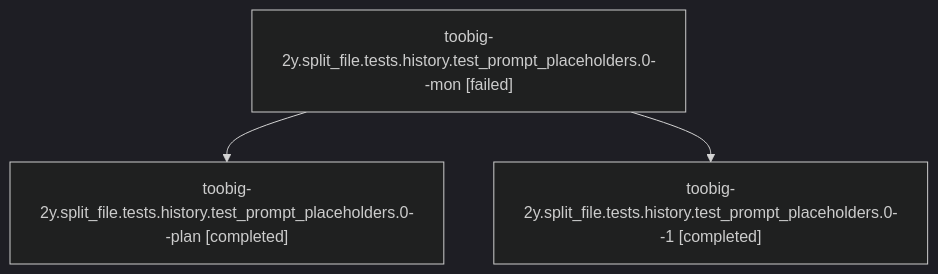
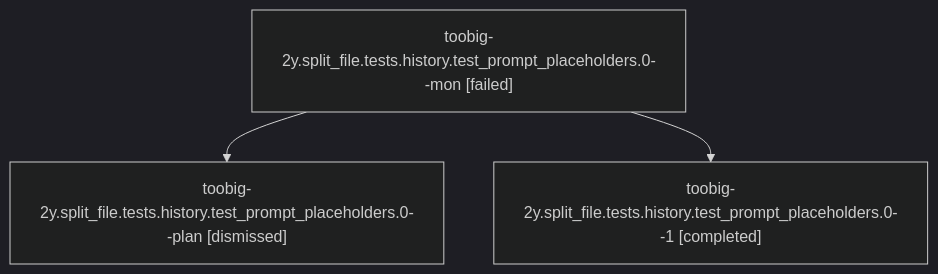
The diagram in families/bbugyi200.athena.toobig-2y.split_file.tests.history.test_prompt_placeholders.0.md (sase-org/sase--agents), drawn with Mermaid (dark theme) before and after one commit. The commit also changed other lines of this file and 77 other files, not shown here.

````diff
--- a/families/bbugyi200.athena.toobig-2y.split_file.tests.history.test_prompt_placeholders.0.md
+++ b/families/bbugyi200.athena.toobig-2y.split_file.tests.history.test_prompt_placeholders.0.md
@@ -9,8 +9,8 @@
 ```mermaid
 flowchart TD
   n0["toobig-2y.split_file.tests.history.test_prompt_placeholders.0--mon [failed]"]
-  n1["toobig-2y.split_file.tests.history.test_prompt_placeholders.0--plan [completed]"]
+  n1["toobig-2y.split_file.tests.history.test_prompt_placeholders.0--plan [dismissed]"]
   n0 --> n1
   n2["toobig-2y.split_file.tests.history.test_prompt_placeholders.0--1 [completed]"]
   n0 --> n2
 ```
````
